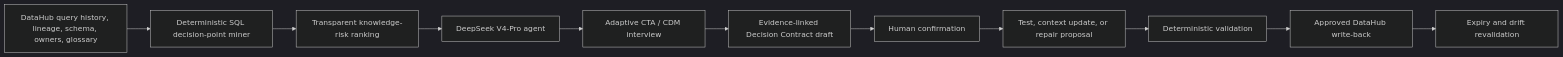
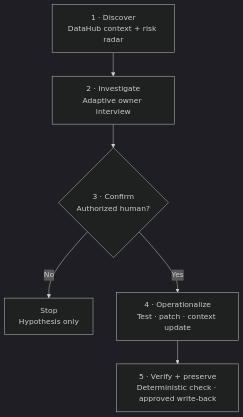
One commit to barebone-lab/rationaleops changed the first of 3 diagrams in README.md. Above: the diagram before and after it, drawn with Mermaid (dark theme). The commit also changed other lines of this file, not shown here.

````diff
--- a/README.md
+++ b/README.md
@@ -114,13 +67,14 @@
 ```mermaid
-flowchart LR
-    A["DataHub query history, lineage, schema, owners, glossary"] --> B["Deterministic SQL decision-point miner"]
-    B --> C["Transparent knowledge-risk ranking"]
-    C --> D["DeepSeek V4-Pro agent"]
-    D --> E["Adaptive CTA / CDM interview"]
-    E --> F["Evidence-linked Decision Contract draft"]
-    F --> G["Human confirmation"]
-    G --> H["Test, context update, or repair proposal"]
-    H --> I["Deterministic validation"]
-    I --> J["Approved DataHub write-back"]
-    J --> K["Expiry and drift revalidation"]
+flowchart TD
+    A["1 · Discover<br/>DataHub context + risk radar"]
+    B["2 · Investigate<br/>Adaptive owner interview"]
+    C{"3 · Confirm<br/>Authorized human?"}
+    D["Stop<br/>Hypothesis only"]
+    E["4 · Operationalize<br/>Test · patch · context update"]
+    F["5 · Verify + preserve<br/>Deterministic check · approved write-back"]
+
+    A --> B --> C
+    C -- "No" --> D
+    C -- "Yes" --> E
+    E --> F
 ```
````
